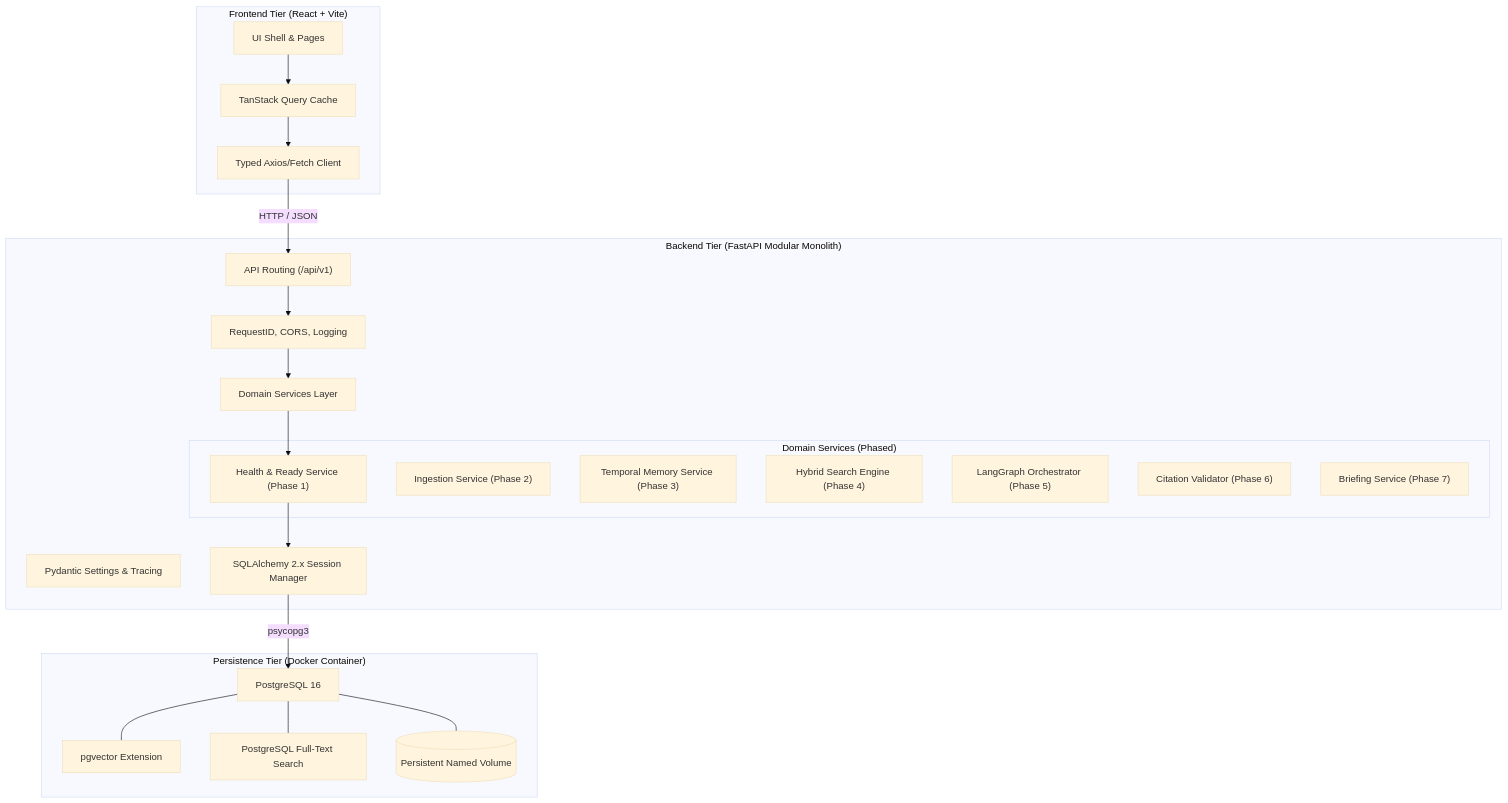
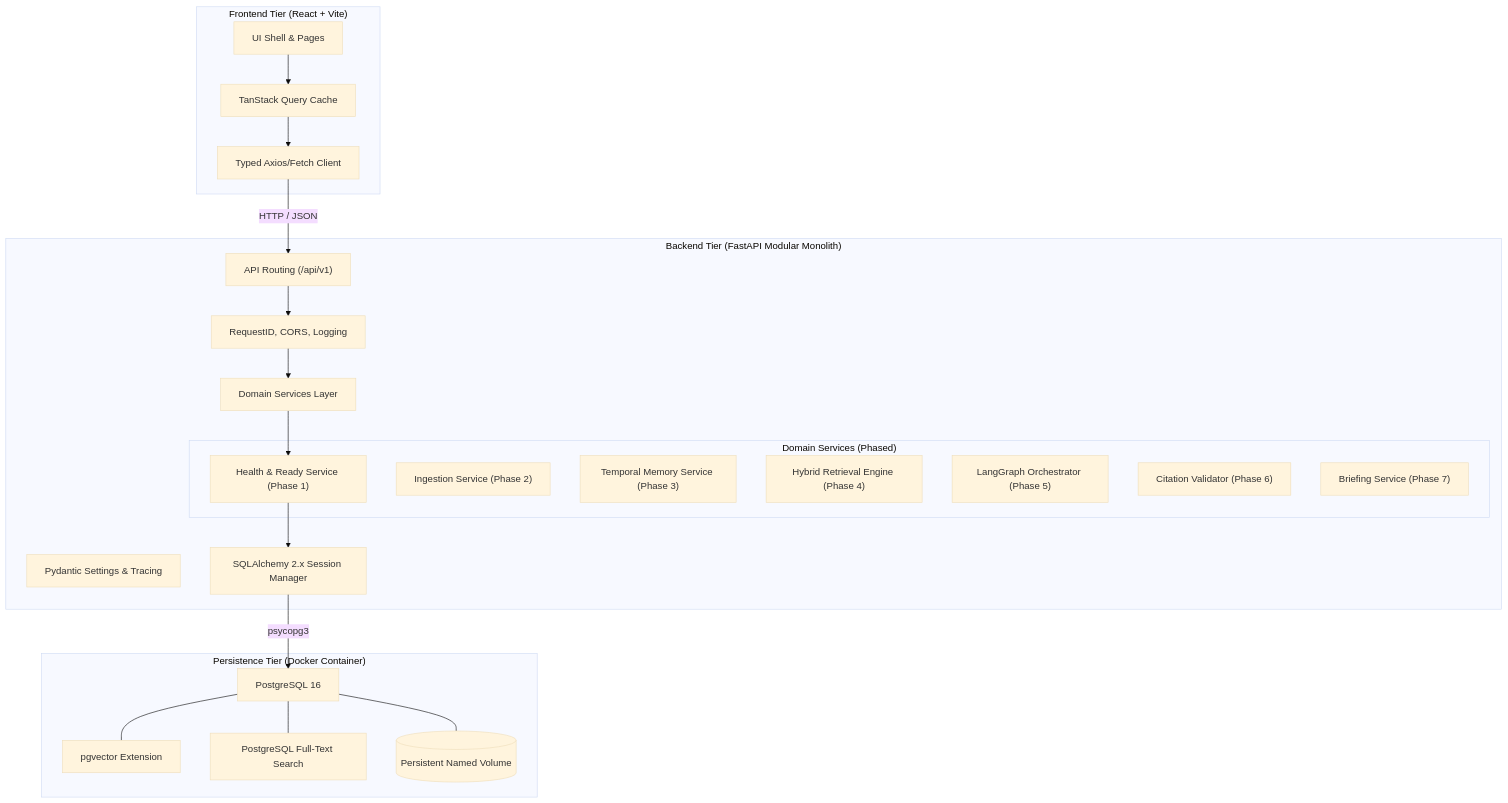
One commit to Zukhruf-khattak/CatalystMediaProject changed the diagram in docs/02_SYSTEM_ARCHITECTURE.md. Above: the diagram before and after it, drawn with Mermaid (base theme). The commit also changed 32 other files, not shown here.

Commit message:
feat(retrieval): complete Phase 4 hybrid retrieval system with RRF and evidence packs

````diff
--- a/docs/02_SYSTEM_ARCHITECTURE.md
+++ b/docs/02_SYSTEM_ARCHITECTURE.md
@@ -6,44 +6,44 @@
 ```mermaid
 flowchart TD
     subgraph FrontendTier ["Frontend Tier (React + Vite)"]
         UI["UI Shell & Pages"]
         State["TanStack Query Cache"]
         ApiClient["Typed Axios/Fetch Client"]
     end
 
     subgraph BackendTier ["Backend Tier (FastAPI Modular Monolith)"]
         Router["API Routing (/api/v1)"]
         Middleware["RequestID, CORS, Logging"]
         Services["Domain Services Layer"]
         subgraph DomainServices ["Domain Services (Phased)"]
             HealthService["Health & Ready Service (Phase 1)"]
             IngestService["Ingestion Service (Phase 2)"]
             MemoryService["Temporal Memory Service (Phase 3)"]
-            SearchService["Hybrid Search Engine (Phase 4)"]
+            SearchService["Hybrid Retrieval Engine (Phase 4)"]
             AgentService["LangGraph Orchestrator (Phase 5)"]
             CitationValidator["Citation Validator (Phase 6)"]
             BriefService["Briefing Service (Phase 7)"]
         end
         CoreConfig["Pydantic Settings & Tracing"]
         DBAccess["SQLAlchemy 2.x Session Manager"]
     end
 
     subgraph PersistenceTier ["Persistence Tier (Docker Container)"]
         PostgreSQL["PostgreSQL 16"]
         PGVectorExt["pgvector Extension"]
         FTSEngine["PostgreSQL Full-Text Search"]
         NamedVol[("Persistent Named Volume")]
     end
 
     UI --> State
     State --> ApiClient
     ApiClient -->|HTTP / JSON| Router
     Router --> Middleware
     Middleware --> Services
     Services --> HealthService
     HealthService --> DBAccess
     DBAccess -->|psycopg3| PostgreSQL
     PostgreSQL --- PGVectorExt
     PostgreSQL --- FTSEngine
     PostgreSQL --- NamedVol
 ```
````
